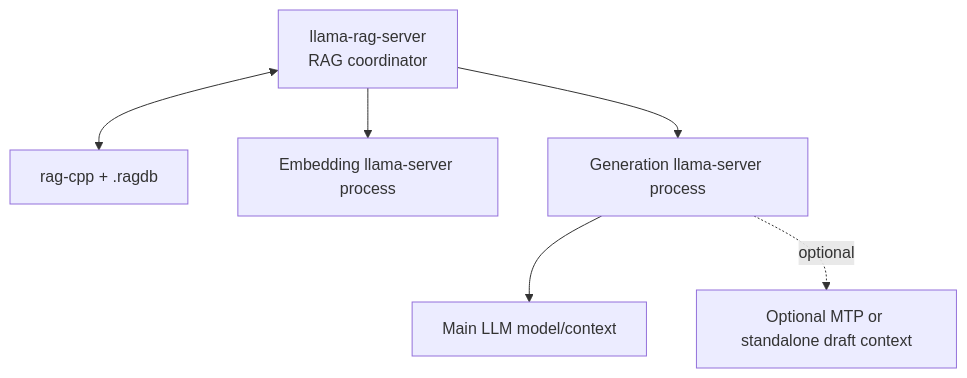
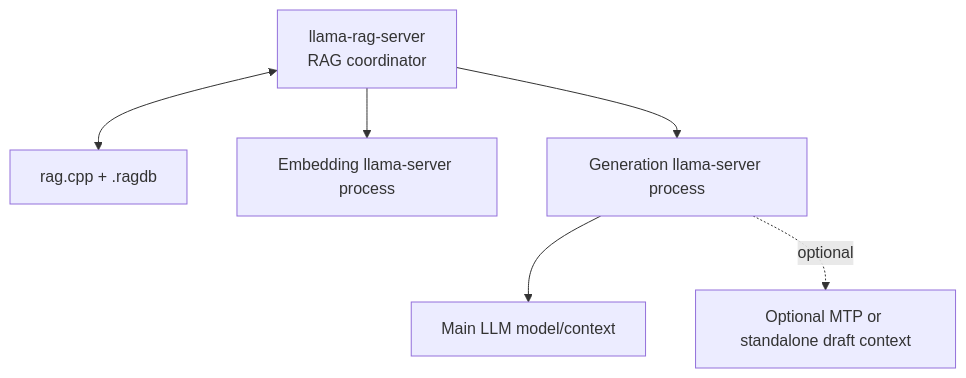
One commit to TengMa137/llama-rag-runtime changed the third of 6 diagrams in docs/llama-rag-server-spec.md. Above: the diagram before and after it, drawn with Mermaid. The commit also changed other lines of this file and 162 other files, not shown here.

Commit message:
feat: own rag.cpp retrieval core

````diff
--- a/docs/llama-rag-server-spec.md
+++ b/docs/llama-rag-server-spec.md
@@ -701,15 +698,15 @@
 ```mermaid
 flowchart TD
     Public[llama-rag-server<br/>RAG coordinator]
-    Rag[rag-cpp + .ragdb]
+    Rag[rag.cpp + .ragdb]
     Embed[Embedding llama-server process]
     Gen[Generation llama-server process]
     Main[Main LLM model/context]
     Draft[Optional MTP or standalone draft context]
 
     Public <--> Rag
     Public --> Embed
     Public --> Gen
     Gen --> Main
     Gen -. optional .-> Draft
 ```
````
